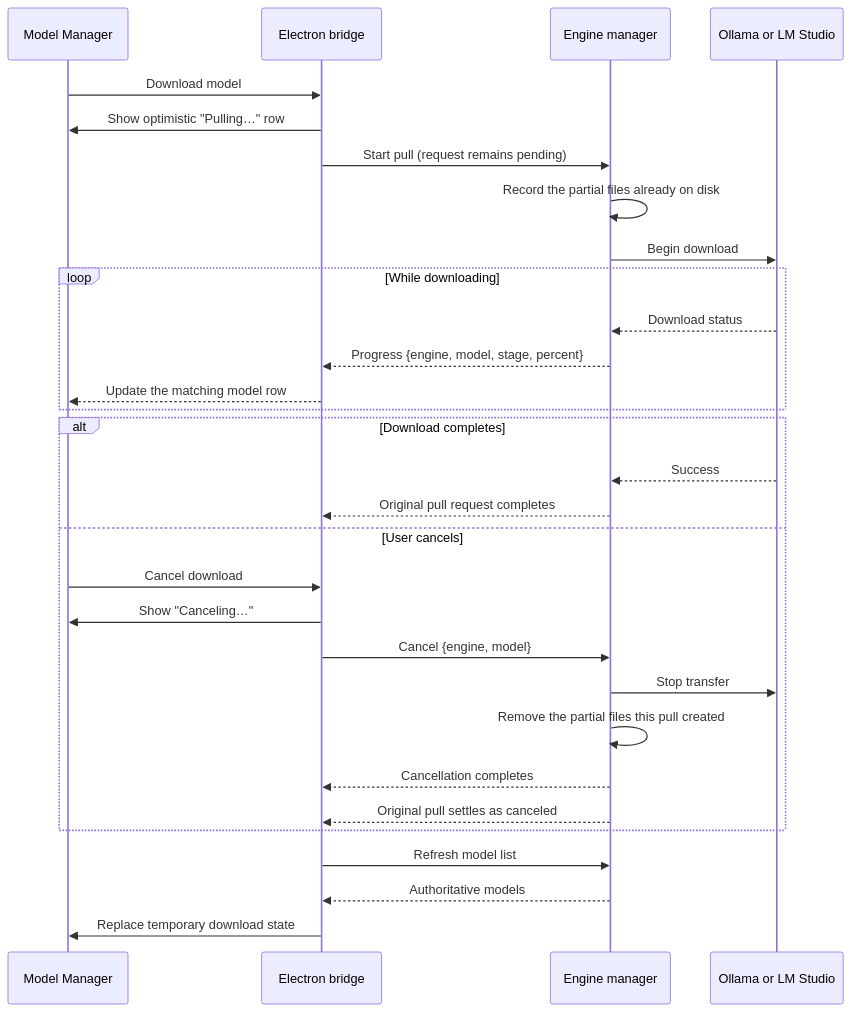
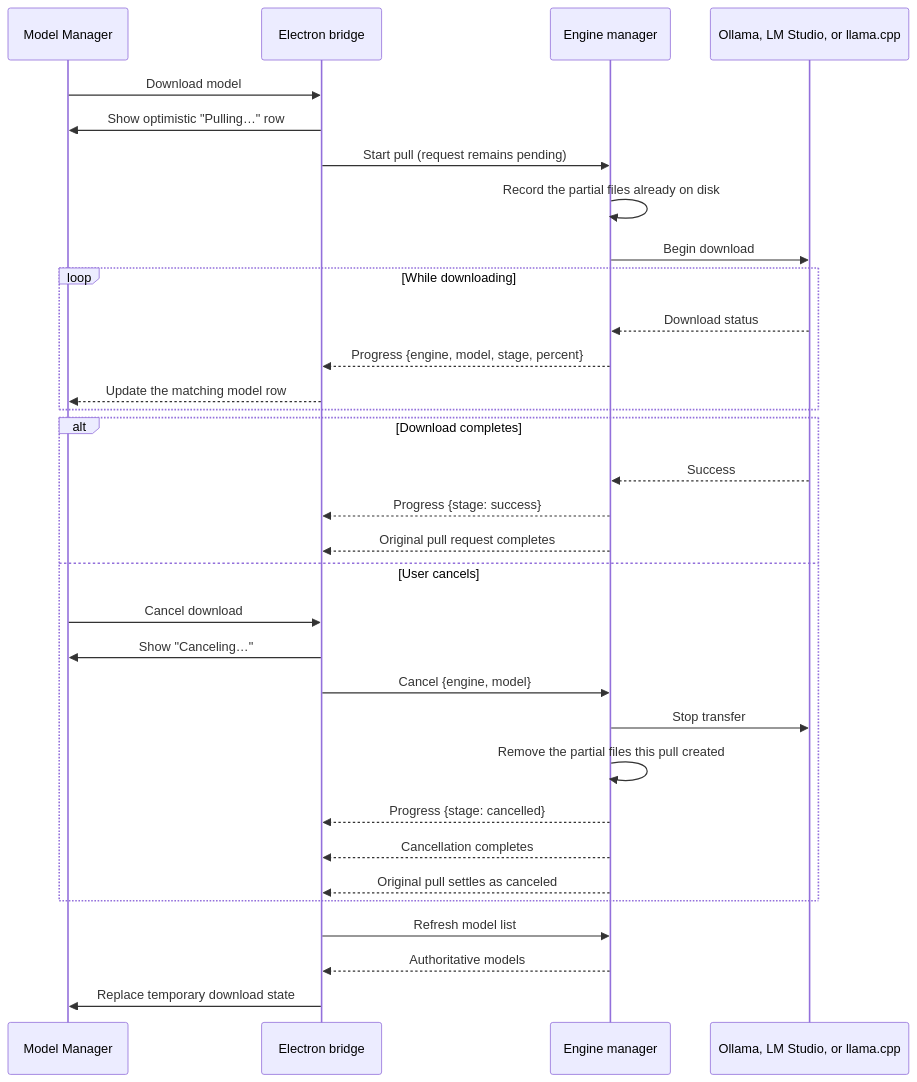
One commit to NVIDIA/Personal-AI-Router changed the first of 2 diagrams in desktop/docs/services-parity.md. Above: the diagram before and after it, drawn with Mermaid. The commit also changed other lines of this file and 15 other files, not shown here.

First line of the commit message:
fix(engine-manager): end every pull with one terminal progress frame

````diff
--- a/desktop/docs/services-parity.md
+++ b/desktop/docs/services-parity.md
@@ -331,36 +334,38 @@
 ```mermaid
 sequenceDiagram
     participant UI as Model Manager
     participant Bridge as Electron bridge
     participant Manager as Engine manager
-    participant Engine as Ollama or LM Studio
+    participant Engine as Ollama, LM Studio, or llama.cpp
 
     UI->>Bridge: Download model
     Bridge->>UI: Show optimistic "Pulling…" row
     Bridge->>Manager: Start pull (request remains pending)
     Manager->>Manager: Record the partial files already on disk
     Manager->>Engine: Begin download
 
     loop While downloading
         Engine-->>Manager: Download status
         Manager-->>Bridge: Progress {engine, model, stage, percent}
         Bridge-->>UI: Update the matching model row
     end
 
     alt Download completes
         Engine-->>Manager: Success
+        Manager-->>Bridge: Progress {stage: success}
         Manager-->>Bridge: Original pull request completes
     else User cancels
         UI->>Bridge: Cancel download
         Bridge->>UI: Show "Canceling…"
         Bridge->>Manager: Cancel {engine, model}
         Manager->>Engine: Stop transfer
         Manager->>Manager: Remove the partial files this pull created
+        Manager-->>Bridge: Progress {stage: cancelled}
         Manager-->>Bridge: Cancellation completes
         Manager-->>Bridge: Original pull settles as canceled
     end
 
     Bridge->>Manager: Refresh model list
     Manager-->>Bridge: Authoritative models
     Bridge->>UI: Replace temporary download state
 ```
````
